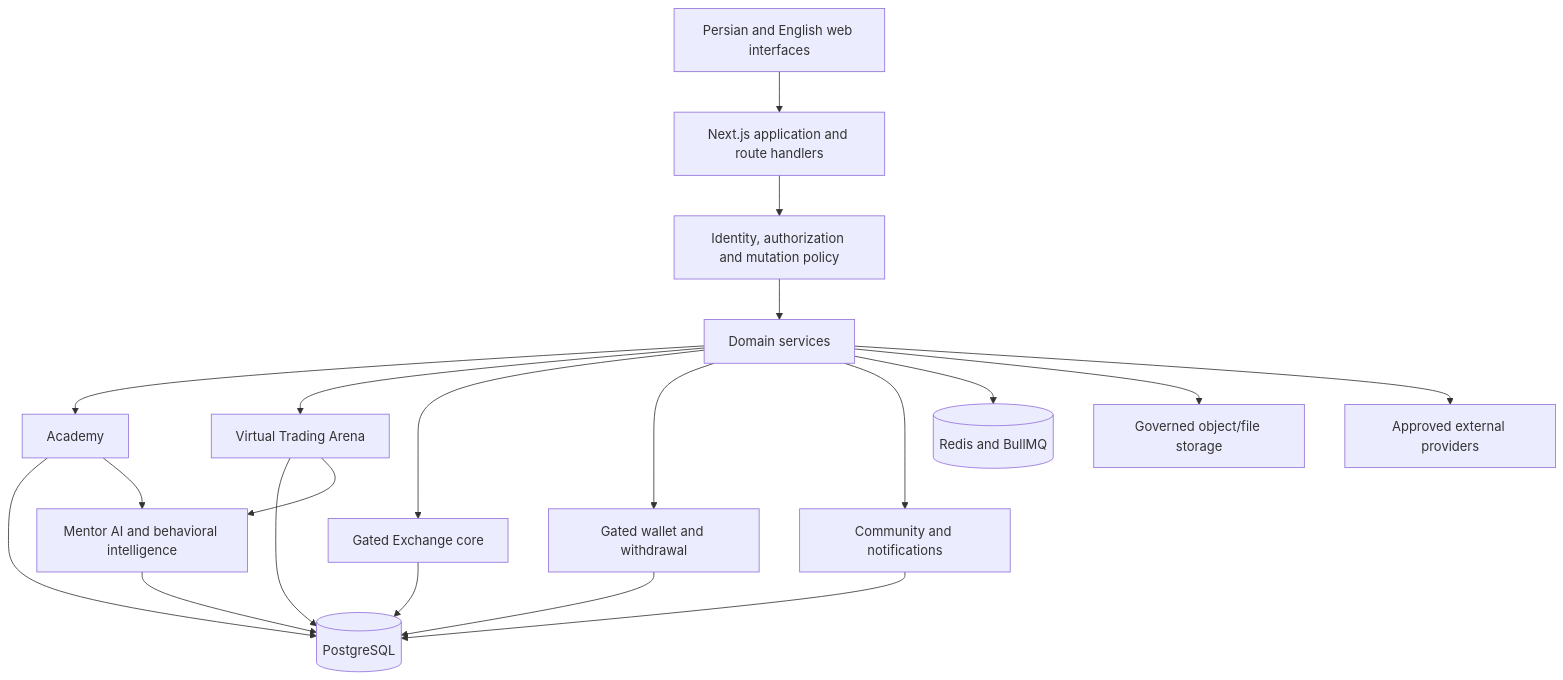
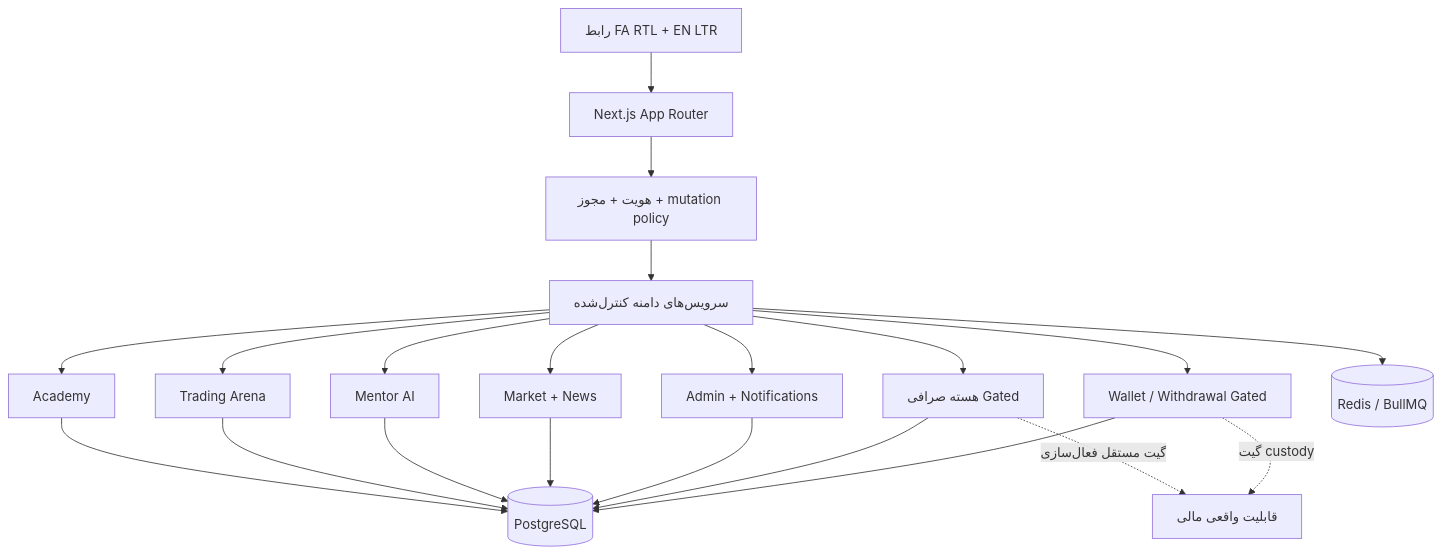
Before and after one commit to tecpey/Tecpey-Os: the second of 2 diagrams in README.fa.md, drawn with Mermaid. The commit also changed other lines of this file and 2 other files, not shown here.

````diff
--- a/README.fa.md
+++ b/README.fa.md
@@ -165,25 +152,26 @@
 ```mermaid
 flowchart TB
-    UI[Persian and English web interfaces] --> APP[Next.js application and route handlers]
-    APP --> AUTH[Identity, authorization and mutation policy]
-    AUTH --> DOMAINS[Domain services]
+    UX[رابط FA RTL + EN LTR] --> APP[Next.js App Router]
+    APP --> IAM[هویت + مجوز + mutation policy]
+    IAM --> DOMAIN[سرویس‌های دامنه کنترل‌شده]
 
-    DOMAINS --> ACADEMY[Academy]
-    DOMAINS --> ARENA[Virtual Trading Arena]
-    DOMAINS --> EXCHANGE[Gated Exchange core]
-    DOMAINS --> WALLET[Gated wallet and withdrawal]
-    DOMAINS --> COMMUNITY[Community and notifications]
+    DOMAIN --> ACA[Academy]
+    DOMAIN --> ARENA[Trading Arena]
+    DOMAIN --> AI[Mentor AI]
+    DOMAIN --> NEWS[Market + News]
+    DOMAIN --> ADMIN[Admin + Notifications]
+    DOMAIN --> EX[هسته صرافی Gated]
+    DOMAIN --> WALLET[Wallet / Withdrawal Gated]
 
-    ACADEMY --> PG[(PostgreSQL)]
+    ACA --> PG[(PostgreSQL)]
     ARENA --> PG
-    EXCHANGE --> PG
+    AI --> PG
+    NEWS --> PG
+    ADMIN --> PG
+    EX --> PG
     WALLET --> PG
-    COMMUNITY --> PG
-    DOMAINS --> REDIS[(Redis and BullMQ)]
-    DOMAINS --> STORAGE[Governed object/file storage]
-    DOMAINS --> PROVIDERS[Approved external providers]
+    DOMAIN --> REDIS[(Redis / BullMQ)]
 
-    ACADEMY --> MENTOR[Mentor AI and behavioral intelligence]
-    ARENA --> MENTOR
-    MENTOR --> PG
+    EX -. گیت مستقل فعال‌سازی .-> REAL[قابلیت واقعی مالی]
+    WALLET -. گیت custody .-> REAL
 ```
````
